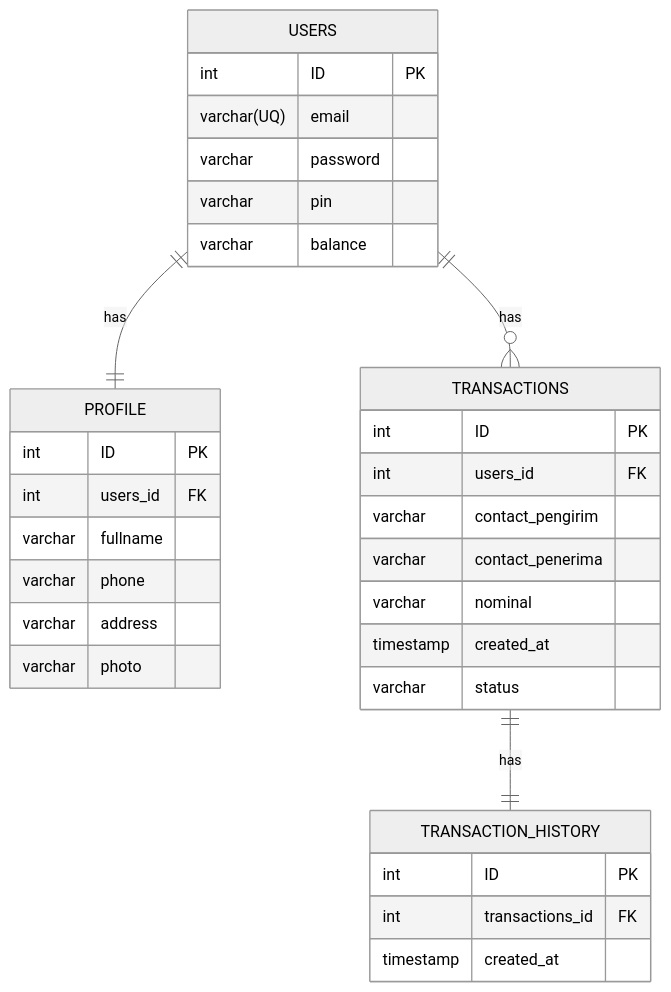
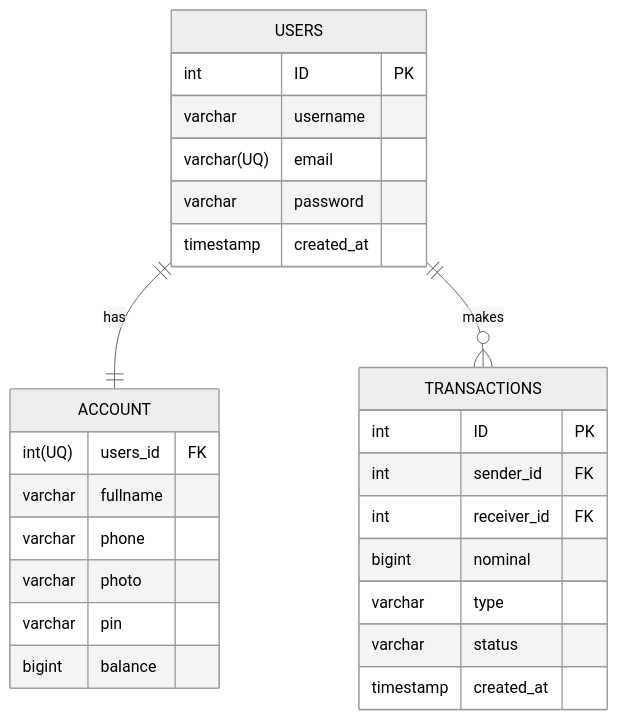
Before and after one commit to asasonda/koda-b1-week3-db: the diagram in README.md, drawn with Mermaid (neutral theme). The commit also changed 1 other file, not shown here.

Commit message:
docs: fix db-ewallet

````diff
--- a/README.md
+++ b/README.md
@@ -3,36 +3,29 @@
-``` mermaid
+```mermaid
 erDiagram
-    USERS ||--|| PROFILE : has
-    USERS ||--o{ TRANSACTIONS : has
-    TRANSACTIONS ||--|| TRANSACTION_HISTORY : has
+    USERS ||--|| ACCOUNT : has
+    USERS ||--o{ TRANSACTIONS : makes
     USERS{
         int ID PK
+        varchar username
         varchar(UQ) email
         varchar password
-        varchar pin
-        varchar balance
+        timestamp created_at
     }
-    PROFILE{
-        int ID PK
-        int users_id FK
+    ACCOUNT{
+        int(UQ) users_id FK
         varchar fullname
         varchar phone
-        varchar address
         varchar photo
+        varchar pin
+        bigint balance
     }
     TRANSACTIONS{
         int ID PK
-        int users_id FK
-        varchar contact_pengirim
-        varchar contact_penerima
-        varchar nominal
-        timestamp created_at
+        int sender_id FK
+        int receiver_id FK
+        bigint nominal
+        varchar type
         varchar status
-    }
-    TRANSACTION_HISTORY{
-        int ID PK
-        int transactions_id FK
         timestamp created_at
     }
-
 ```
````
